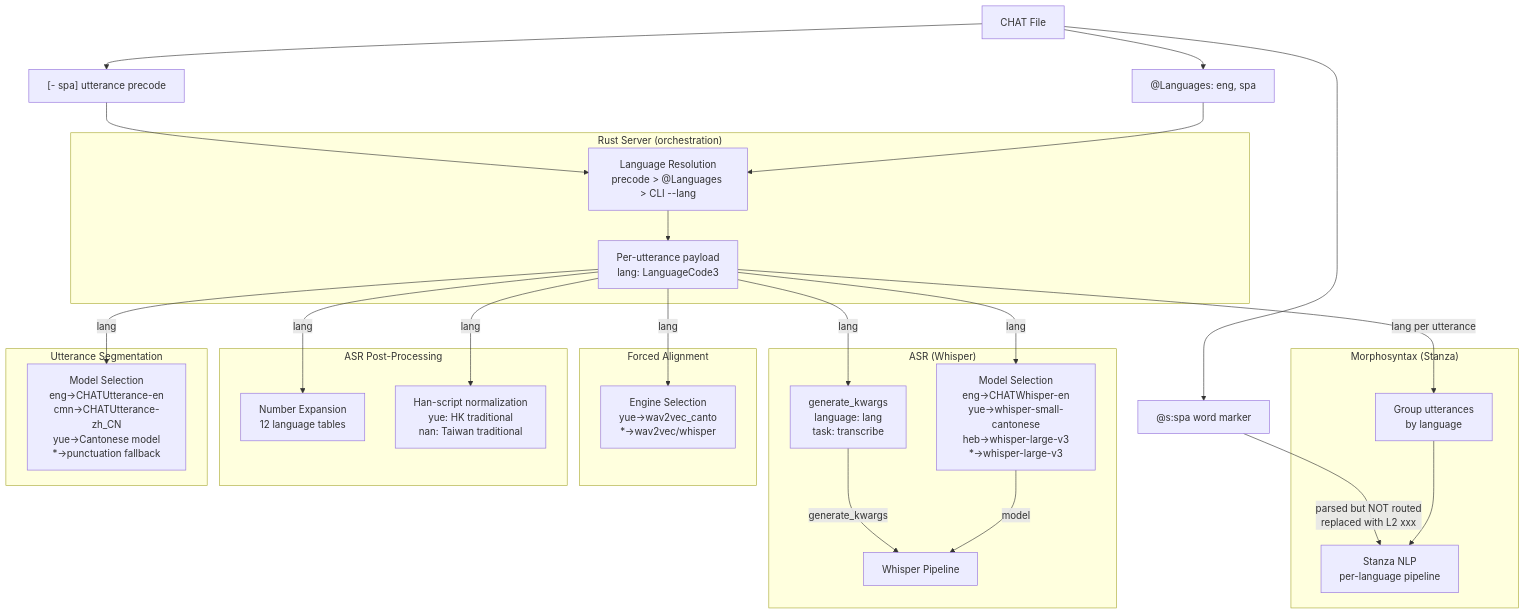
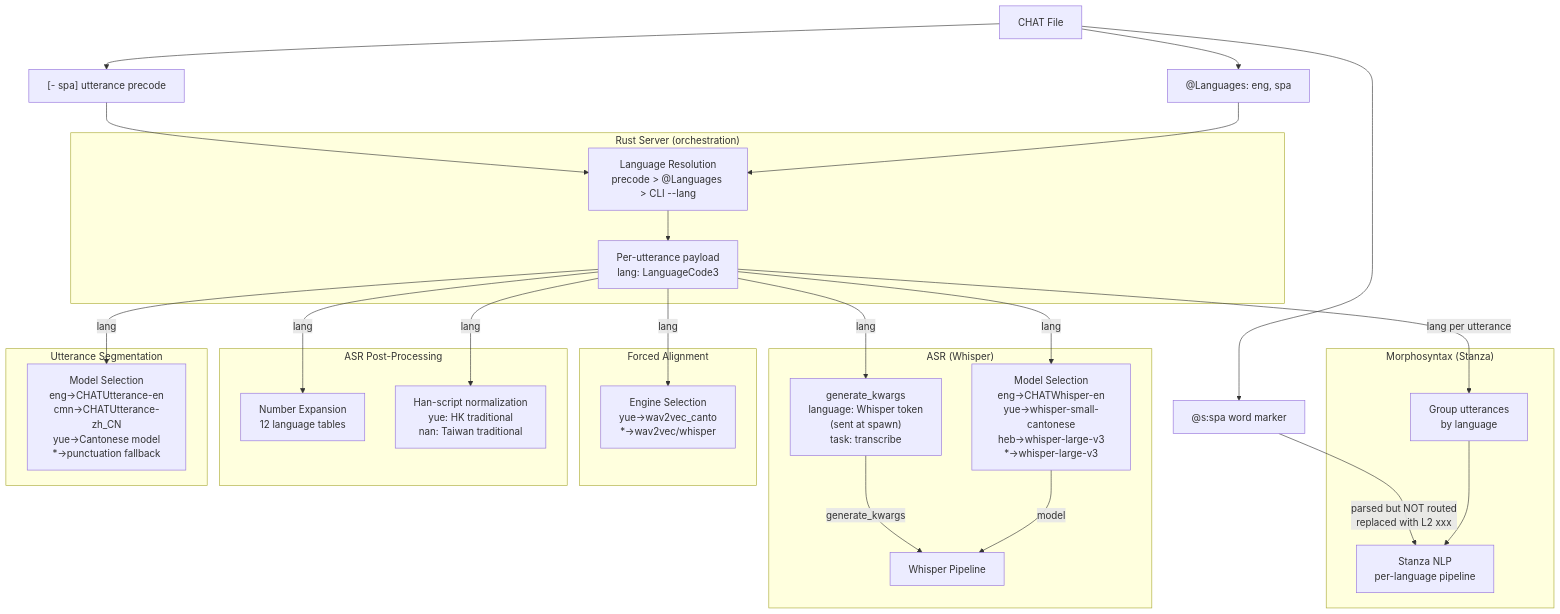
One commit to FranklinChen/talkbank-tools changed the first of 2 diagrams in book/src/architecture/language-and-multilingual/language-routing.md. Above: the diagram before and after it, drawn with Mermaid. The commit also changed 38 other files, not shown here.

````diff
--- a/book/src/architecture/language-and-multilingual/language-routing.md
+++ b/book/src/architecture/language-and-multilingual/language-routing.md
@@ -29,53 +29,53 @@
 ```mermaid
 flowchart TD
     chat["CHAT File"]
     langs["@Languages: eng, spa"]
     precode["[- spa] utterance precode"]
     atS["@s:spa word marker"]
 
     chat --> langs & precode & atS
 
     subgraph Rust["Rust Server (orchestration)"]
         resolve["Language Resolution\nprecode > @Languages > CLI --lang"]
         payload["Per-utterance payload\nlang: LanguageCode3"]
     end
 
     langs & precode --> resolve --> payload
 
     subgraph ASR["ASR (Whisper)"]
         model_sel["Model Selection\neng→CHATWhisper-en\nyue→whisper-small-cantonese\nheb→whisper-large-v3\n*→whisper-large-v3"]
-        gen_kwargs["generate_kwargs\nlanguage: lang\ntask: transcribe"]
+        gen_kwargs["generate_kwargs\nlanguage: Whisper token\n(sent at spawn)\ntask: transcribe"]
         whisper["Whisper Pipeline"]
     end
 
     payload -->|lang| model_sel -->|model| whisper
     payload -->|lang| gen_kwargs -->|generate_kwargs| whisper
 
     subgraph Morphosyntax["Morphosyntax (Stanza)"]
         group_by["Group utterances\nby language"]
         stanza["Stanza NLP\nper-language pipeline"]
     end
 
     payload -->|lang per utterance| group_by --> stanza
 
     subgraph FA["Forced Alignment"]
         fa_engine["Engine Selection\nyue→wav2vec_canto\n*→wav2vec/whisper"]
     end
 
     payload -->|lang| fa_engine
 
     subgraph PostProc["ASR Post-Processing"]
         num_exp["Number Expansion\n12 language tables"]
         canto["Han-script normalization\nyue: HK traditional\nnan: Taiwan traditional"]
     end
 
     payload -->|lang| num_exp & canto
 
     subgraph Utseg["Utterance Segmentation"]
         utseg_model["Model Selection\neng→CHATUtterance-en\ncmn→CHATUtterance-zh_CN\nyue→Cantonese model\n*→punctuation fallback"]
     end
 
     payload -->|lang| utseg_model
 
     atS -->|"parsed but NOT routed\nreplaced with L2 xxx"| stanza
 ```
````
